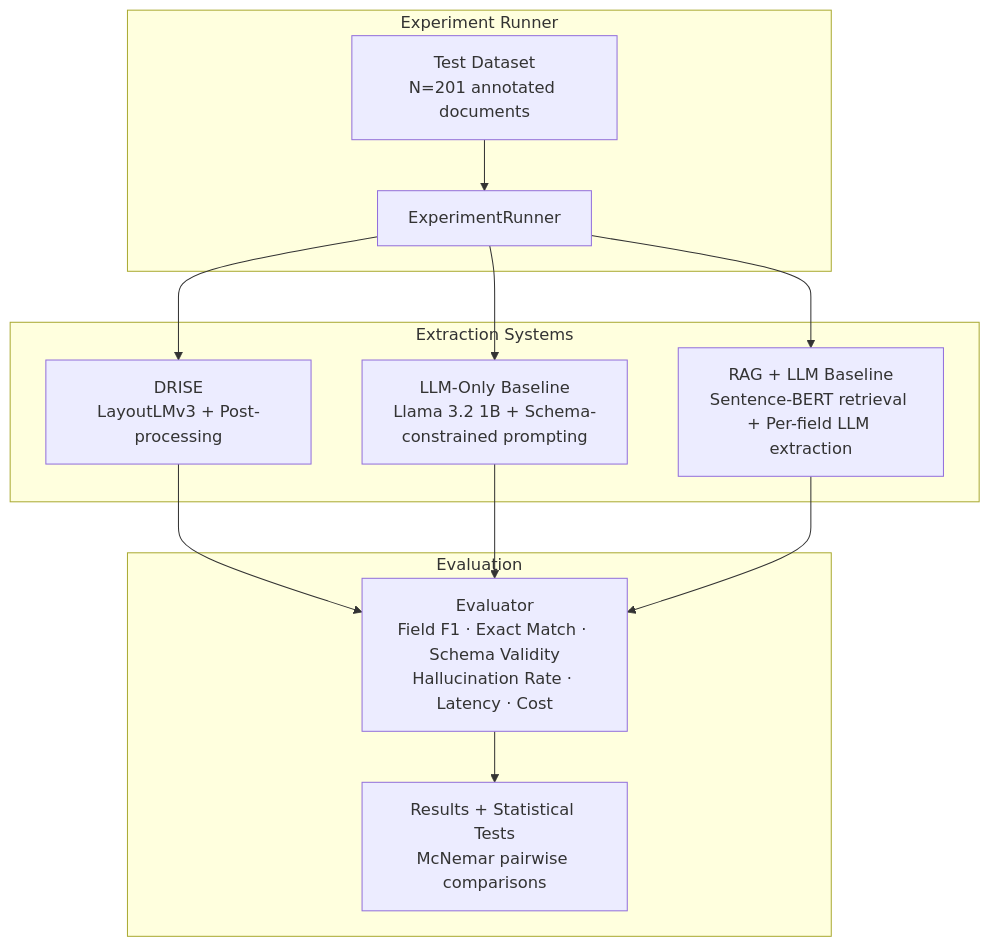
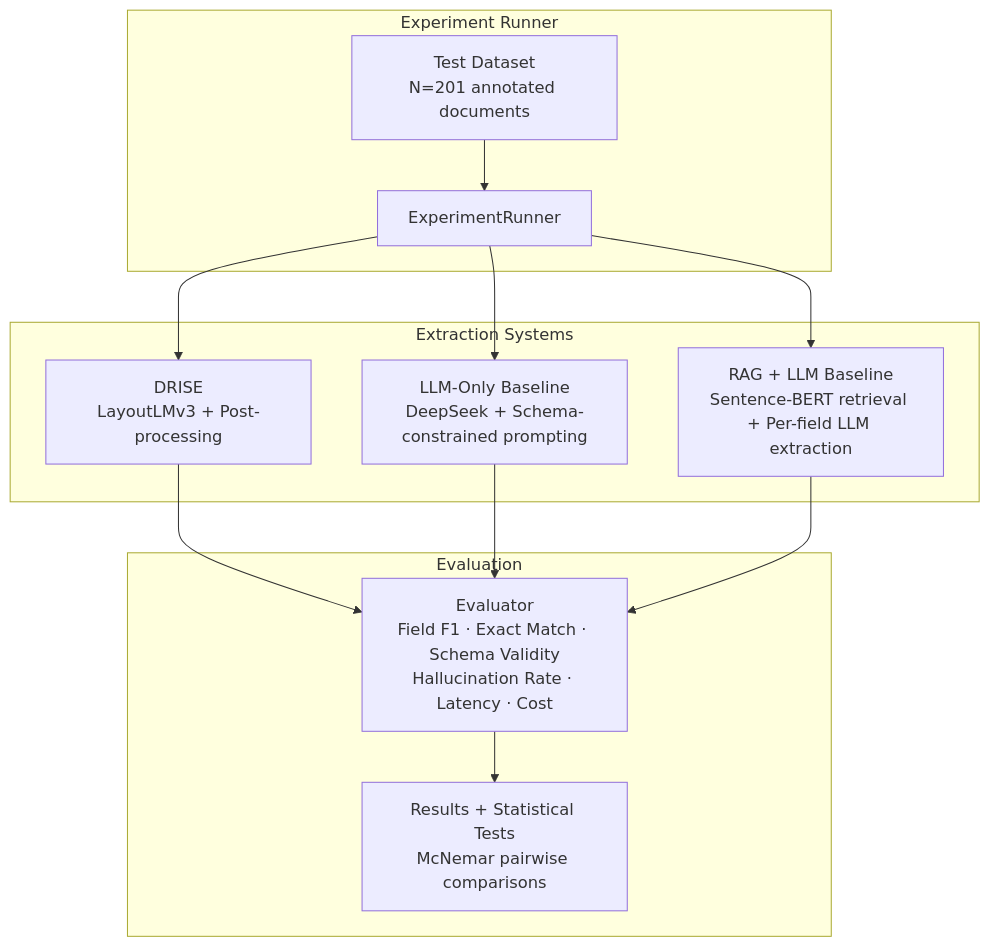
One commit to purvanshh/DRISE-experiments changed the second of 2 diagrams in README.md. Above: the diagram before and after it, drawn with Mermaid. The commit also changed other lines of this file and 6 other files, not shown here.

````diff
--- a/README.md
+++ b/README.md
@@ -123,19 +129,19 @@
 ```mermaid
 graph TD
     subgraph "Experiment Runner"
         DS[Test Dataset<br/>N=201 annotated documents] --> R[ExperimentRunner]
     end
 
     subgraph "Extraction Systems"
         R --> S1["DRISE<br/>LayoutLMv3 + Post-processing"]
-        R --> S2["LLM-Only Baseline<br/>Llama 3.2 1B + Schema-constrained prompting"]
+        R --> S2["LLM-Only Baseline<br/>DeepSeek + Schema-constrained prompting"]
         R --> S3["RAG + LLM Baseline<br/>Sentence-BERT retrieval + Per-field LLM extraction"]
     end
 
     subgraph "Evaluation"
         S1 --> E[Evaluator<br/>Field F1 · Exact Match · Schema Validity<br/>Hallucination Rate · Latency · Cost]
         S2 --> E
         S3 --> E
         E --> OUT[Results + Statistical Tests<br/>McNemar pairwise comparisons]
     end
 ```
````
